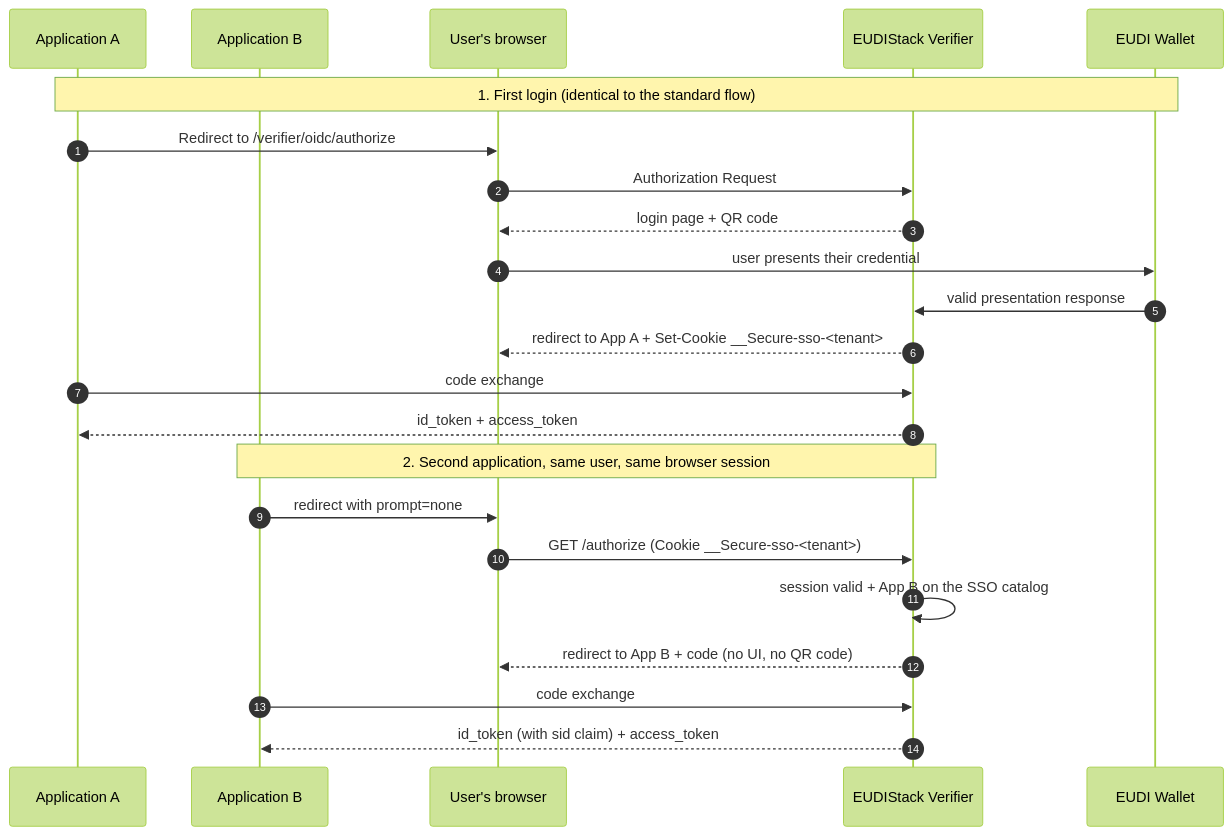
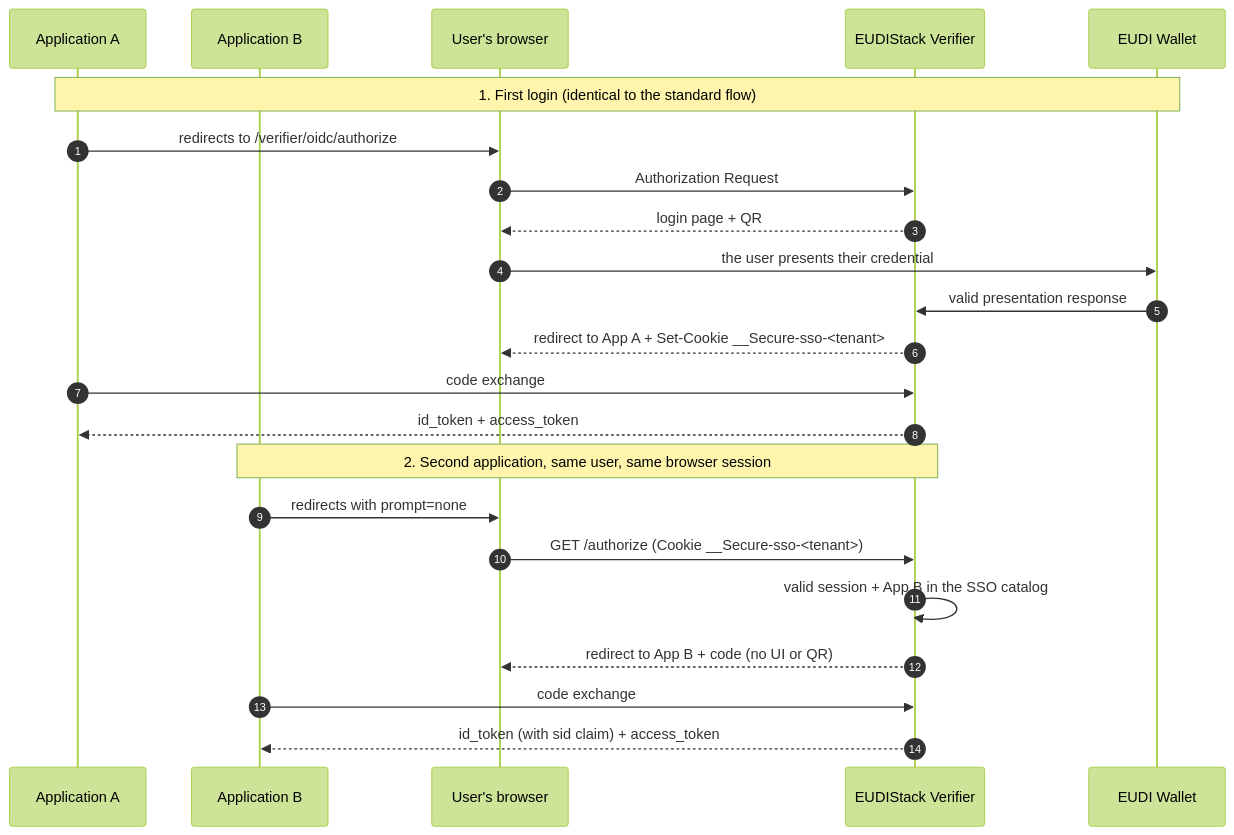
Before and after one commit to in2workspace/eudistack-platform-docs: the diagram in docs/developers/guides/sso-multi-app.en.md, drawn with Mermaid (forest theme). The commit also changed other lines of this file and 1 other file, not shown here.

First line of the commit message:
docs(sso): reword intro and restructure the multi-app SSO guide

````diff
--- a/docs/developers/guides/sso-multi-app.en.md
+++ b/docs/developers/guides/sso-multi-app.en.md
@@ -22,27 +34,27 @@
 ```mermaid
 sequenceDiagram
     autonumber
     participant App1 as Application A
     participant App2 as Application B
     participant Browser as User's browser
     participant Verifier as EUDIStack Verifier
     participant Wallet as EUDI Wallet
 
     Note over App1,Wallet: 1. First login (identical to the standard flow)
-    App1->>Browser: Redirect to /verifier/oidc/authorize
+    App1->>Browser: redirects to /verifier/oidc/authorize
     Browser->>Verifier: Authorization Request
-    Verifier-->>Browser: login page + QR code
-    Browser->>Wallet: user presents their credential
+    Verifier-->>Browser: login page + QR
+    Browser->>Wallet: the user presents their credential
     Wallet->>Verifier: valid presentation response
     Verifier-->>Browser: redirect to App A + Set-Cookie __Secure-sso-<tenant>
     App1->>Verifier: code exchange
     Verifier-->>App1: id_token + access_token
 
     Note over App2,Verifier: 2. Second application, same user, same browser session
-    App2->>Browser: redirect with prompt=none
+    App2->>Browser: redirects with prompt=none
     Browser->>Verifier: GET /authorize (Cookie __Secure-sso-<tenant>)
-    Verifier->>Verifier: session valid + App B on the SSO catalog
-    Verifier-->>Browser: redirect to App B + code (no UI, no QR code)
+    Verifier->>Verifier: valid session + App B in the SSO catalog
+    Verifier-->>Browser: redirect to App B + code (no UI or QR)
     App2->>Verifier: code exchange
     Verifier-->>App2: id_token (with sid claim) + access_token
 ```
````
